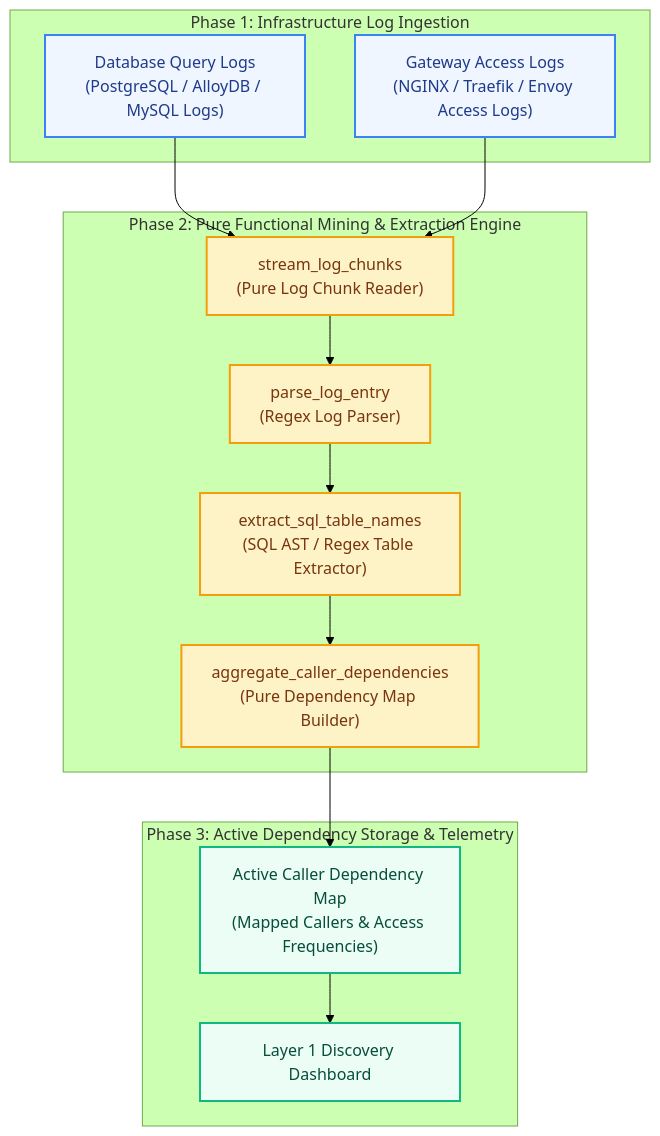
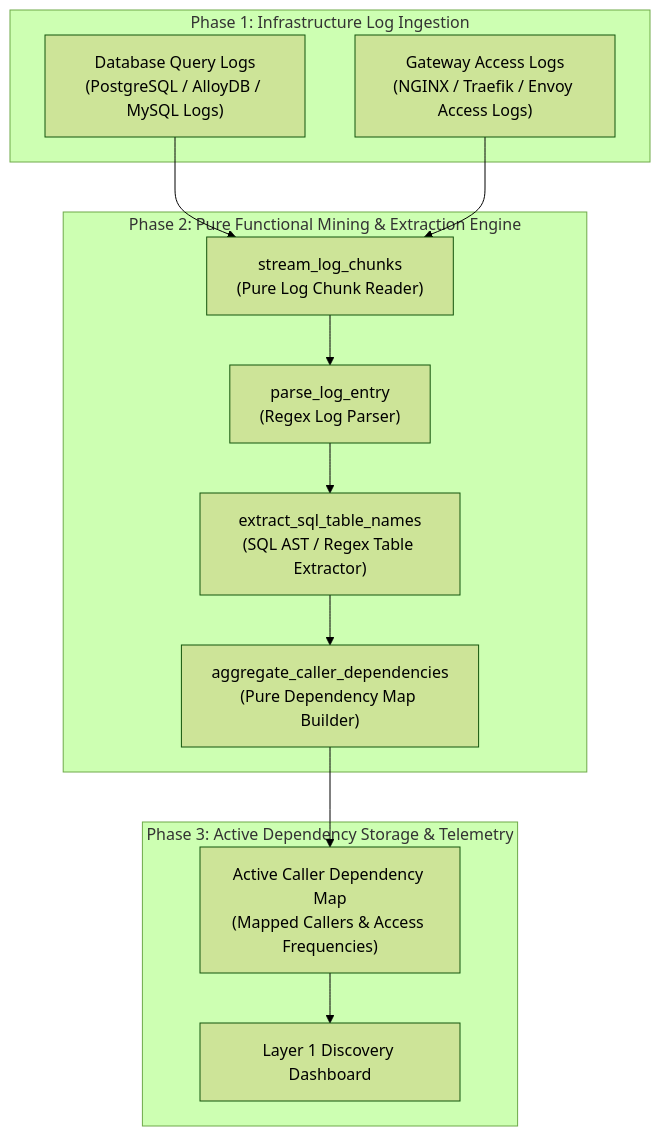
The first of 2 diagrams in notebooks/runbooks/refs/05-dependency-discovery-and-log-mining/query-access-log-mining.md (Chief-Strategist-J/llm-observability-platform), drawn with Mermaid (forest theme) before and after one commit. The commit also changed other lines of this file, not shown here.

Commit message:
docs: remove LLD subsystem architecture section and clean up background colors for high contrast readability

````diff
--- a/notebooks/runbooks/refs/05-dependency-discovery-and-log-mining/query-access-log-mining.md
+++ b/notebooks/runbooks/refs/05-dependency-discovery-and-log-mining/query-access-log-mining.md
@@ -54,32 +54,28 @@
 ```mermaid
 flowchart TD
-    classDef rawFill fill:#eff6ff,stroke:#3b82f6,stroke-width:2px,color:#1e3a8a
-    classDef engineFill fill:#fef3c7,stroke:#f59e0b,stroke-width:2px,color:#78350f
-    classDef storageFill fill:#ecfdf5,stroke:#10b981,stroke-width:2px,color:#064e3b
-
     subgraph Phase1["Phase 1: Infrastructure Log Ingestion"]
-        DBQueryLogs["Database Query Logs\n(PostgreSQL / AlloyDB / MySQL Logs)"]:::rawFill
-        HTTPAccessLogs["Gateway Access Logs\n(NGINX / Traefik / Envoy Access Logs)"]:::rawFill
+        DBQueryLogs["Database Query Logs\n(PostgreSQL / AlloyDB / MySQL Logs)"]
+        HTTPAccessLogs["Gateway Access Logs\n(NGINX / Traefik / Envoy Access Logs)"]
     end
 
     subgraph Phase2["Phase 2: Pure Functional Mining & Extraction Engine"]
-        LogStreamer["stream_log_chunks\n(Pure Log Chunk Reader)"]:::engineFill
-        LogParser["parse_log_entry\n(Regex Log Parser)"]:::engineFill
-        SQLExtractor["extract_sql_table_names\n(SQL AST / Regex Table Extractor)"]:::engineFill
-        CallerAggregator["aggregate_caller_dependencies\n(Pure Dependency Map Builder)"]:::engineFill
+        LogStreamer["stream_log_chunks\n(Pure Log Chunk Reader)"]
+        LogParser["parse_log_entry\n(Regex Log Parser)"]
+        SQLExtractor["extract_sql_table_names\n(SQL AST / Regex Table Extractor)"]
+        CallerAggregator["aggregate_caller_dependencies\n(Pure Dependency Map Builder)"]
 
         DBQueryLogs --> LogStreamer
         HTTPAccessLogs --> LogStreamer
         LogStreamer --> LogParser
         LogParser --> SQLExtractor
         SQLExtractor --> CallerAggregator
     end
 
     subgraph Phase3["Phase 3: Active Dependency Storage & Telemetry"]
-        DependencyStore["Active Caller Dependency Map\n(Mapped Callers & Access Frequencies)"]:::storageFill
-        DiscoveryDashboard["Layer 1 Discovery Dashboard"]:::storageFill
+        DependencyStore["Active Caller Dependency Map\n(Mapped Callers & Access Frequencies)"]
+        DiscoveryDashboard["Layer 1 Discovery Dashboard"]
 
         CallerAggregator --> DependencyStore
         DependencyStore --> DiscoveryDashboard
     end
 ```
````
